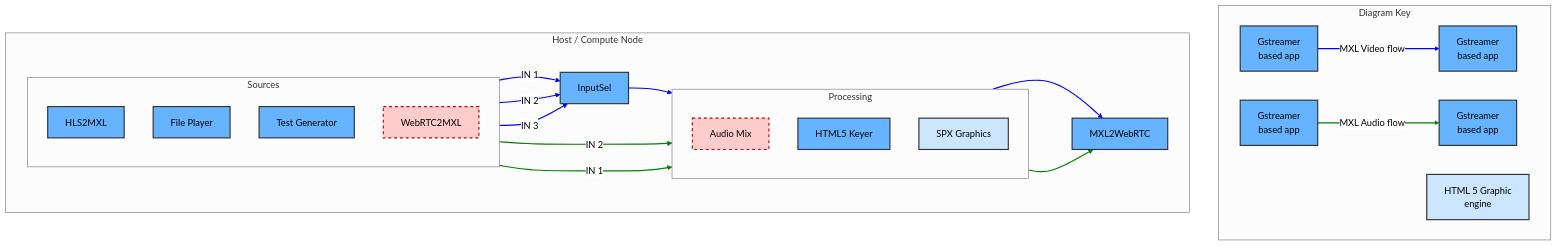
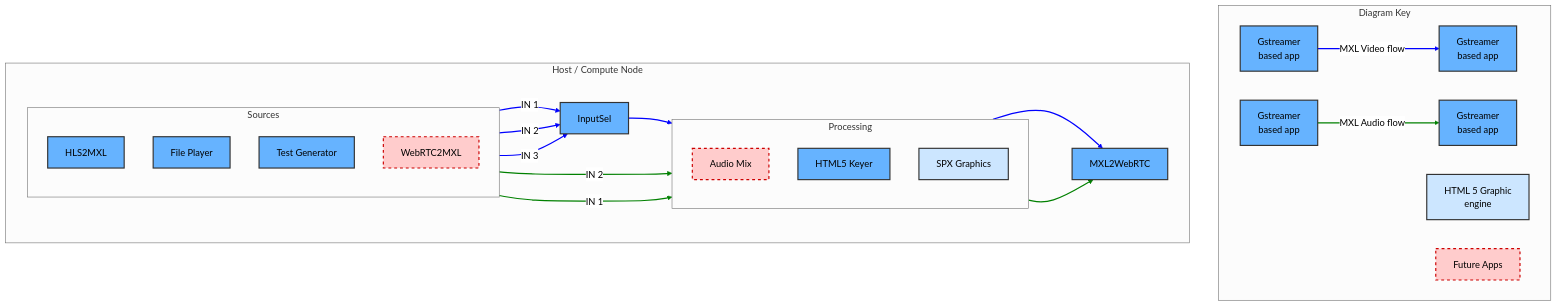
The diagram in Exercises/Exercise5.md (cbcrc/mxl-hands-on), drawn with Mermaid (neutral theme) before and after one commit.

Commit message:
Update the legend of the diagram in exercise-5

```diff
--- a/Exercises/Exercise5.md
+++ b/Exercises/Exercise5.md
@@ -62,6 +62,7 @@
         k1[Gstreamer</br>based app] -- MXL Video flow --> kt1[Gstreamer</br>based app]
         k2[Gstreamer</br>based app] -- MXL Audio flow --> kt2[Gstreamer</br>based app]
         k4[HTML 5 Graphic</br>engine]
+        k5[Future Apps]
     end
 
     %% Positioning the legend below the main node
@@ -78,7 +79,7 @@
         classDef future fill:#ffcccc,color:black,stroke:#cc0000,stroke-width:2px,stroke-dasharray:5 5
 
         class HLS2MXL,LoopPlayer,TestGen,InputSel,HTML5Keyer,MXL2WebRTC,k1,kt1,k2,kt2,k3 gstreamer
-        class WebRTC2MXL,AudioMix future
+        class WebRTC2MXL,AudioMix,k5 future
         class NmosRegistry,DummyNmosNode,NmosController,kt3 control
         class SPXGraphics,k4 other
 
```
